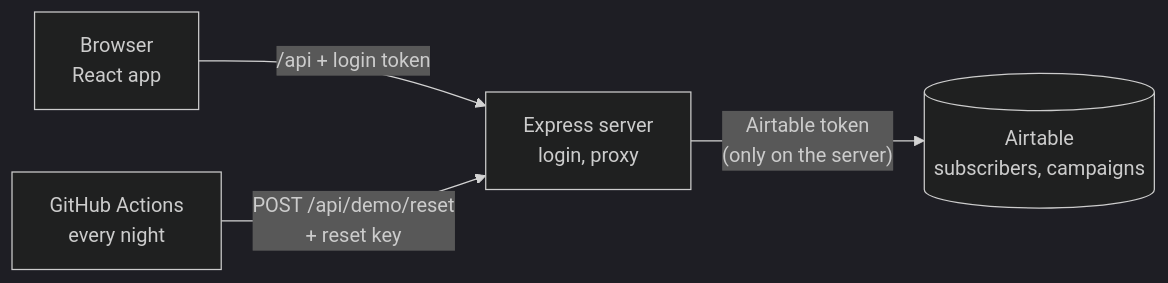
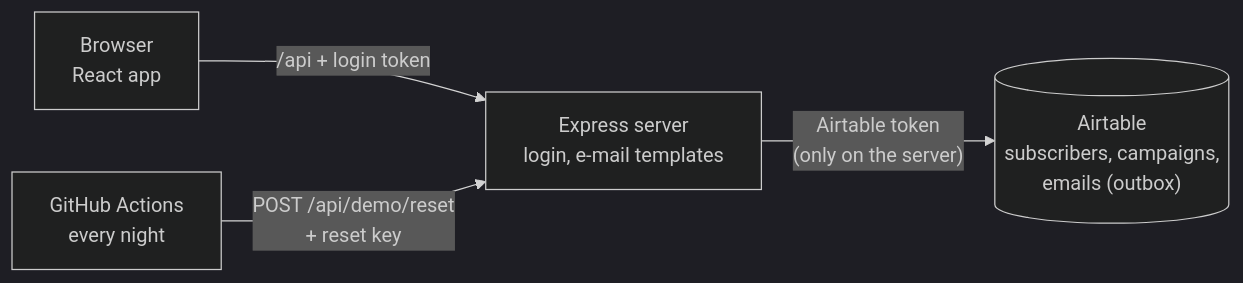
Before and after one commit to SzymonRojek/email-campaign-react-airtable: the diagram in README.md, drawn with Mermaid (dark theme). The commit also changed other lines of this file and 5 other files, not shown here.

````diff
--- a/README.md
+++ b/README.md
@@ -73,6 +68,6 @@
 ```mermaid
 flowchart LR
-  B["Browser<br/>React app"] -- "/api + login token" --> S["Express server<br/>login, proxy"]
-  S -- "Airtable token<br/>(only on the server)" --> A[("Airtable<br/>subscribers, campaigns")]
+  B["Browser<br/>React app"] -- "/api + login token" --> S["Express server<br/>login, e-mail templates"]
+  S -- "Airtable token<br/>(only on the server)" --> A[("Airtable<br/>subscribers, campaigns,<br/>emails (outbox)")]
   G["GitHub Actions<br/>every night"] -- "POST /api/demo/reset<br/>+ reset key" --> S
 ```
````
